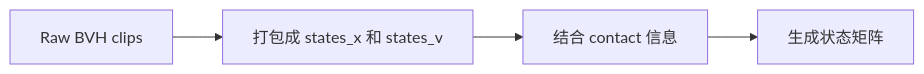
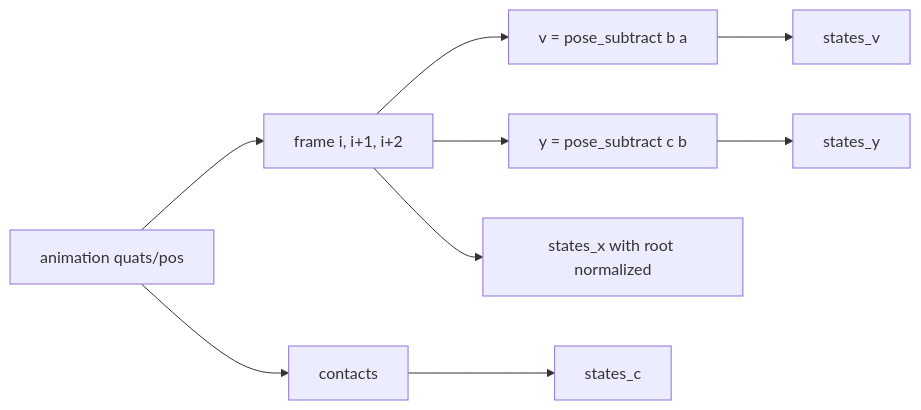
Before and after one commit to EvihGraphics/AnimationTech-HTC: the fourth of 10 diagrams in docs/blog/AnimationPapers/motion_fields_for_interactive_character_animation/README.md, drawn with Mermaid. The commit also changed other lines of this file and 6 other files, not shown here.

````diff
--- a/docs/blog/AnimationPapers/motion_fields_for_interactive_character_animation/README.md
+++ b/docs/blog/AnimationPapers/motion_fields_for_interactive_character_animation/README.md
@@ -91,6 +113,11 @@
 ```mermaid
 flowchart LR
-    A[Raw BVH clips] --> B[打包成 states_x 和 states_v]
-    B --> C[结合 contact 信息]
-    C --> D[生成状态矩阵]
+    A[animation quats/pos] --> B[frame i, i+1, i+2]
+    B --> C[v = pose_subtract b a]
+    B --> D[y = pose_subtract c b]
+    C --> E[states_v]
+    D --> F[states_y]
+    B --> G[states_x with root normalized]
+    A --> H[contacts]
+    H --> I[states_c]
 ```
````
